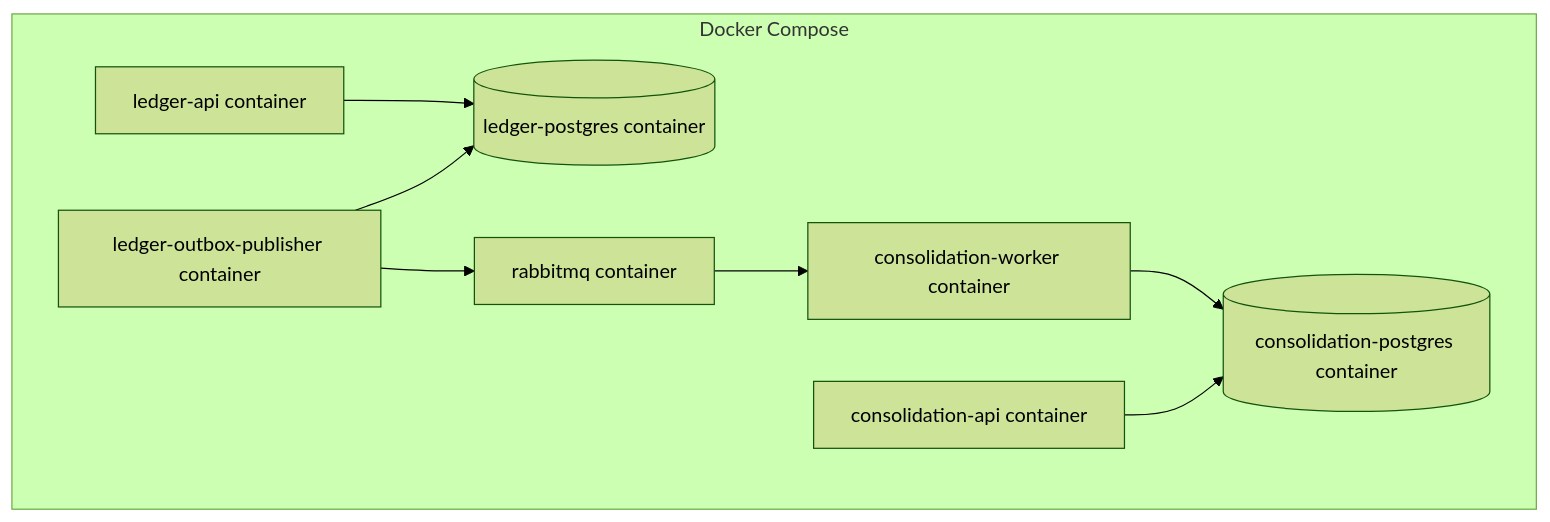
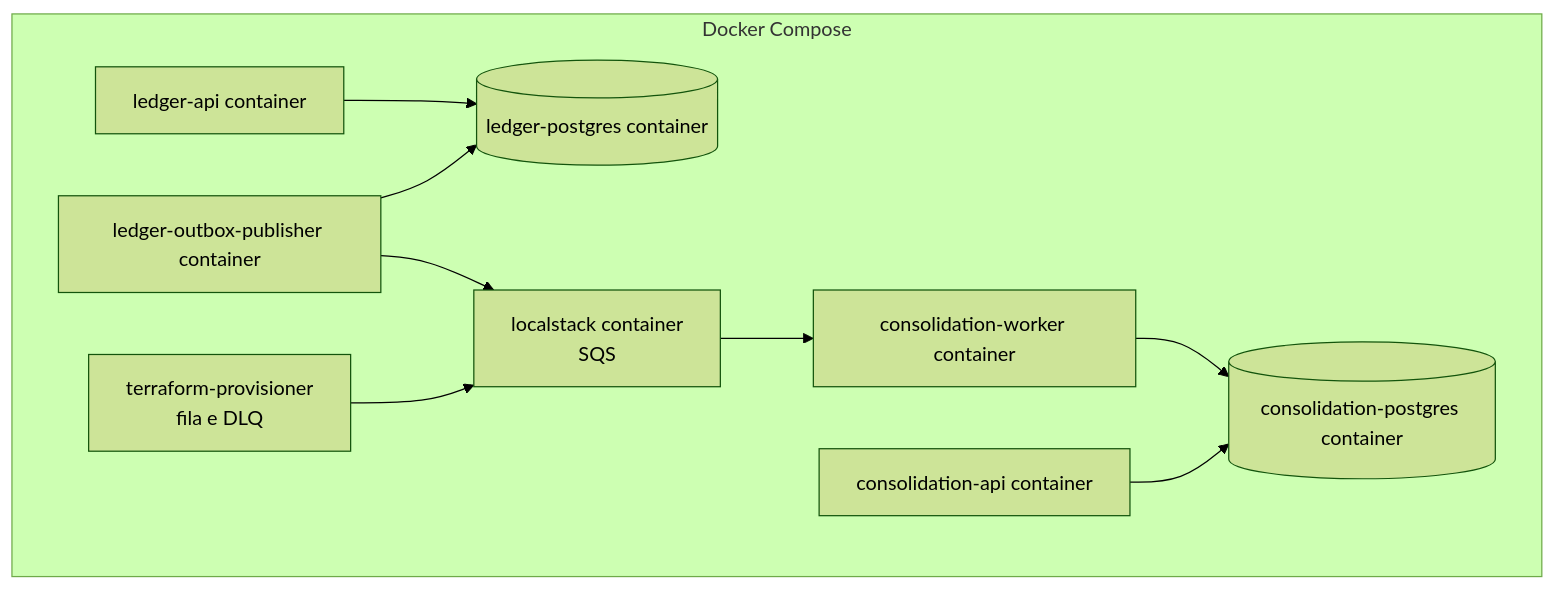
Diagram 20 of 24 in docs/architecture/06-diagramas.md (LeandroVarga/banco-carrefour), drawn with Mermaid (forest theme) before and after one commit. The commit also changed other lines of this file and 58 other files, not shown here.

````diff
--- a/docs/architecture/06-diagramas.md
+++ b/docs/architecture/06-diagramas.md
@@ -321,19 +888,21 @@
 ```mermaid
 flowchart TB
     subgraph docker["Docker Compose"]
         ledgerApi["ledger-api container"]
         outboxPublisher["ledger-outbox-publisher container"]
         consolidationWorker["consolidation-worker container"]
         consolidationApi["consolidation-api container"]
         ledgerDb[("ledger-postgres container")]
         consolidationDb[("consolidation-postgres container")]
-        rabbitmq["rabbitmq container"]
+        localstack["localstack container<br/>SQS"]
+        terraform["terraform-provisioner<br/>fila e DLQ"]
     end
 
     ledgerApi --> ledgerDb
     outboxPublisher --> ledgerDb
-    outboxPublisher --> rabbitmq
-    rabbitmq --> consolidationWorker
+    terraform --> localstack
+    outboxPublisher --> localstack
+    localstack --> consolidationWorker
     consolidationWorker --> consolidationDb
     consolidationApi --> consolidationDb
 ```
````
